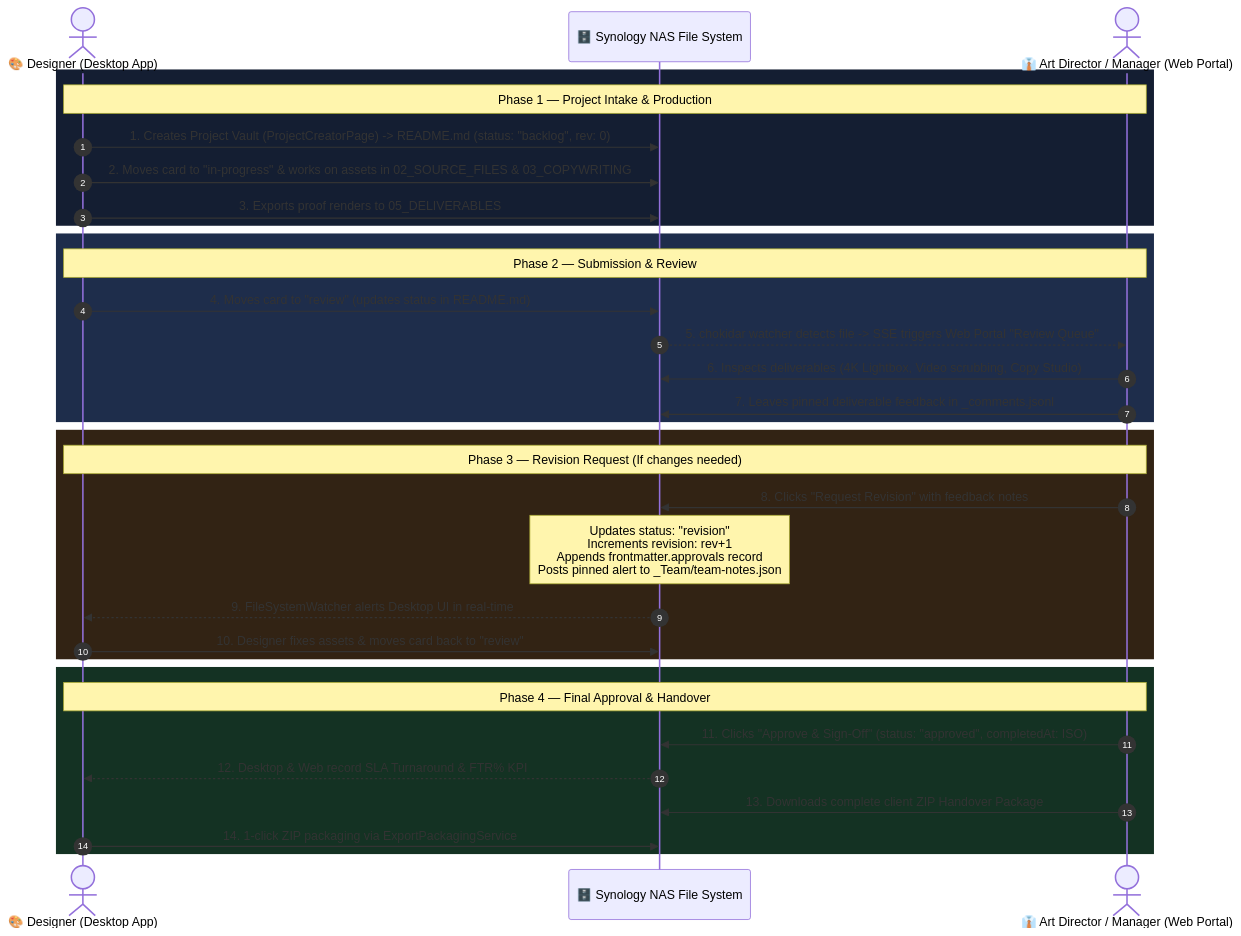
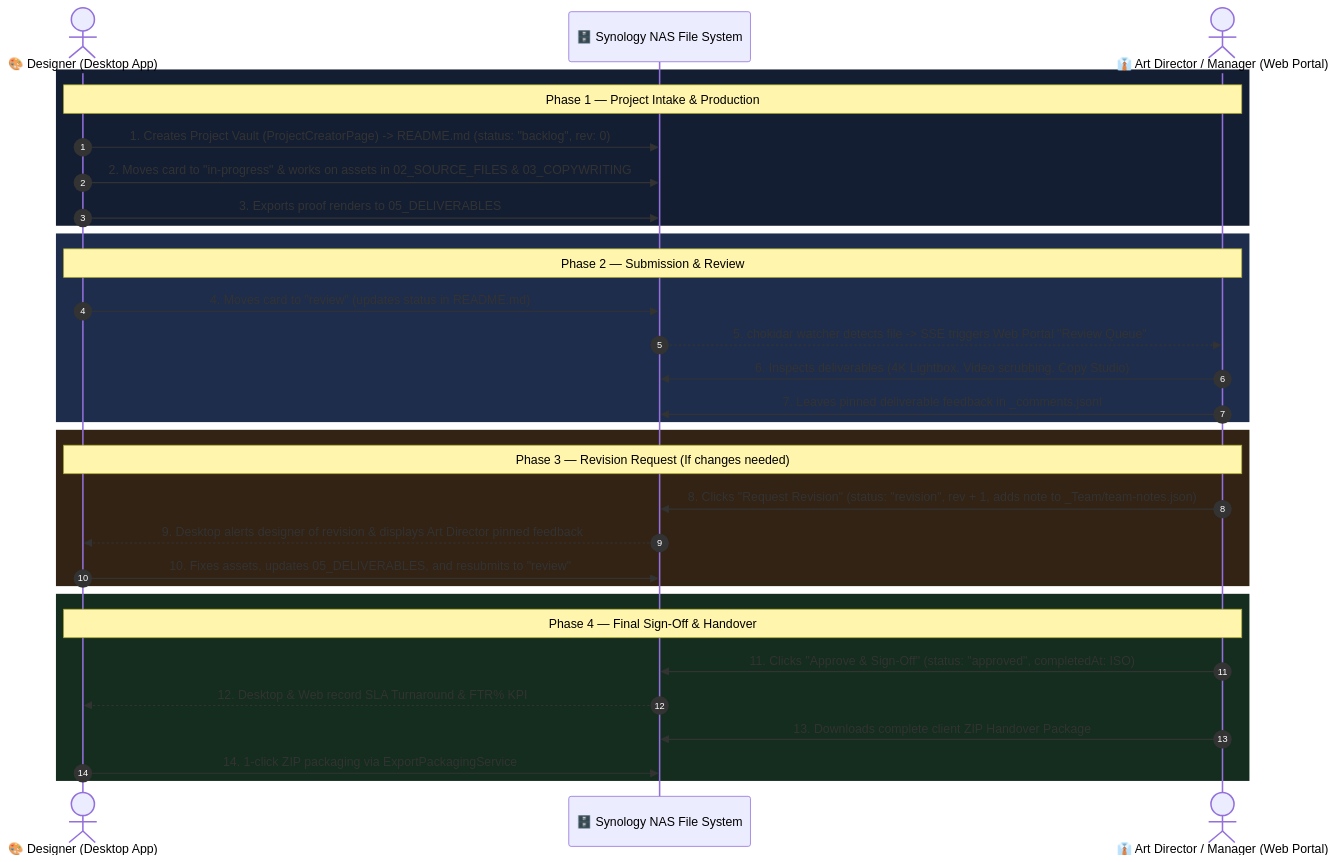
The diagram in docs/SS_CAM_ECOSYSTEM_MASTER_SPECIFICATION.md (SuamiSihat/ss_cam), drawn with Mermaid before and after one commit. The commit also changed other lines of this file and 1 other file, not shown here.

````diff
--- a/docs/SS_CAM_ECOSYSTEM_MASTER_SPECIFICATION.md
+++ b/docs/SS_CAM_ECOSYSTEM_MASTER_SPECIFICATION.md
@@ -74,42 +76,41 @@
 ```mermaid
 sequenceDiagram
     autonumber
     actor D as 🎨 Designer (Desktop App)
     participant NAS as 🗄️ Synology NAS File System
     actor AD as 👔 Art Director / Manager (Web Portal)
 
     %% Phase 1: Intake & Production
     rect rgb(20, 30, 50)
     Note over D,AD: Phase 1 — Project Intake & Production
     D->>NAS: 1. Creates Project Vault (ProjectCreatorPage) -> README.md (status: "backlog", rev: 0)
     D->>NAS: 2. Moves card to "in-progress" & works on assets in 02_SOURCE_FILES & 03_COPYWRITING
     D->>NAS: 3. Exports proof renders to 05_DELIVERABLES
     end
 
     %% Phase 2: Review Stage
     rect rgb(30, 45, 75)
     Note over D,AD: Phase 2 — Submission & Review
     D->>NAS: 4. Moves card to "review" (updates status in README.md)
     NAS-->>AD: 5. chokidar watcher detects file -> SSE triggers Web Portal "Review Queue"
     AD->>NAS: 6. Inspects deliverables (4K Lightbox, Video scrubbing, Copy Studio)
     AD->>NAS: 7. Leaves pinned deliverable feedback in _comments.jsonl
     end
 
     %% Phase 3: Revision Loop
     rect rgb(50, 35, 20)
     Note over D,AD: Phase 3 — Revision Request (If changes needed)
-    AD->>NAS: 8. Clicks "Request Revision" with feedback notes
-    Note over NAS: Updates status: "revision"<br/>Increments revision: rev+1<br/>Appends frontmatter.approvals record<br/>Posts pinned alert to _Team/team-notes.json
-    NAS-->>D: 9. FileSystemWatcher alerts Desktop UI in real-time
-    D->>NAS: 10. Designer fixes assets & moves card back to "review"
+    AD->>NAS: 8. Clicks "Request Revision" (status: "revision", rev + 1, adds note to _Team/team-notes.json)
+    NAS-->>D: 9. Desktop alerts designer of revision & displays Art Director pinned feedback
+    D->>NAS: 10. Fixes assets, updates 05_DELIVERABLES, and resubmits to "review"
     end
 
-    %% Phase 4: Final Sign-Off & Handover
-    rect rgb(20, 50, 35)
-    Note over D,AD: Phase 4 — Final Approval & Handover
+    %% Phase 4: Final Sign-Off & Archive
+    rect rgb(20, 45, 30)
+    Note over D,AD: Phase 4 — Final Sign-Off & Handover
     AD->>NAS: 11. Clicks "Approve & Sign-Off" (status: "approved", completedAt: ISO)
     NAS-->>D: 12. Desktop & Web record SLA Turnaround & FTR% KPI
     AD->>NAS: 13. Downloads complete client ZIP Handover Package
     D->>NAS: 14. 1-click ZIP packaging via ExportPackagingService
     end
 ```
````
